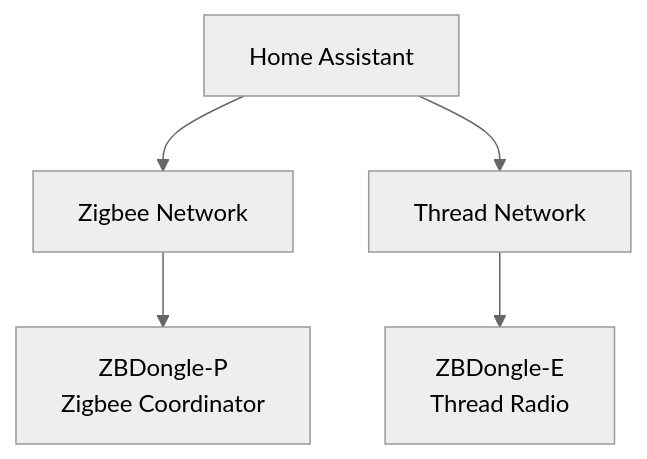
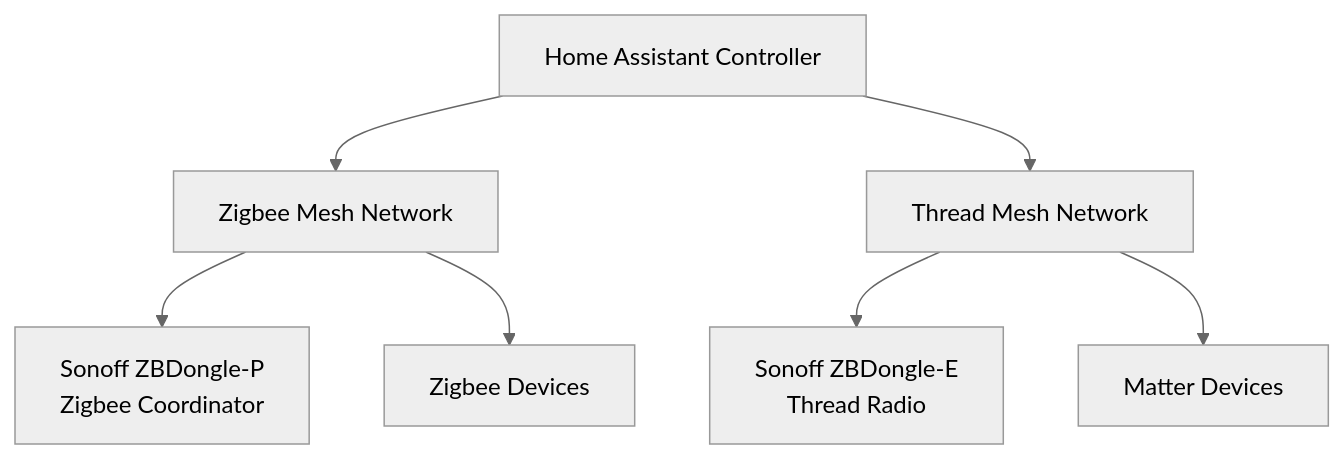
One commit to aleemcummins/home-assistant-thread-guide changed the first of 4 diagrams in README.md. Above: the diagram before and after it, drawn with Mermaid (neutral theme). The commit also changed other lines of this file, not shown here.

````diff
--- a/README.md
+++ b/README.md
@@ -40,11 +40,14 @@
 ```mermaid
 flowchart TD
 
-    HA[Home Assistant]
+    HA[Home Assistant Controller]
 
-    HA --> ZIG[Zigbee Network]
-    HA --> THREAD[Thread Network]
+    HA --> ZIG[Zigbee Mesh Network]
+    HA --> THREAD[Thread Mesh Network]
 
-    ZIG --> ZBDP[ZBDongle-P<br>Zigbee Coordinator]
-    THREAD --> ZBDE[ZBDongle-E<br>Thread Radio]
+    ZIG --> ZBDP[Sonoff ZBDongle-P<br>Zigbee Coordinator]
+    THREAD --> ZBDE[Sonoff ZBDongle-E<br>Thread Radio]
+
+    ZIG --> ZDEV[Zigbee Devices]
+    THREAD --> MDEV[Matter Devices]
 ```
````
